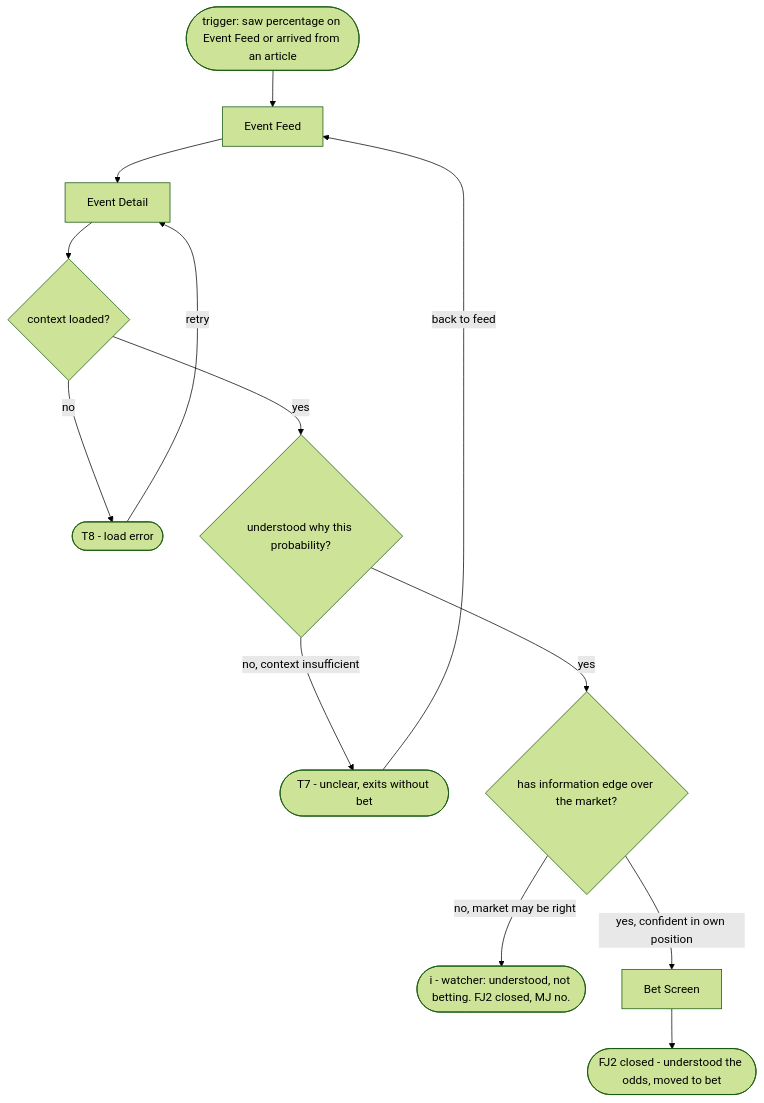
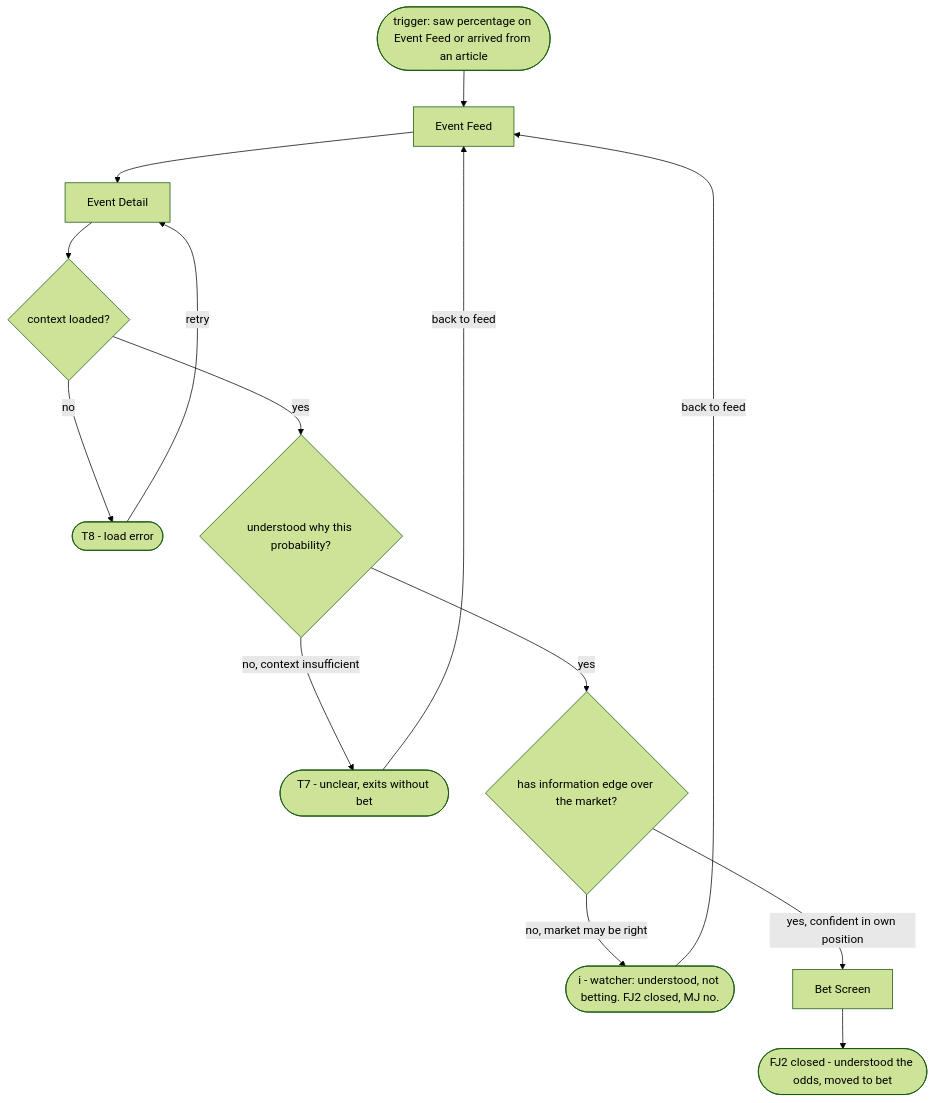
The second of 4 diagrams in flows.md (sergiodesign4u-dot/predict-market), drawn with Mermaid (forest theme) before and after one commit. The commit also changed other lines of this file and 1 other file, not shown here.

First line of the commit message:
Defect-fix pass: P1+P2+P3 fixes on sitemap.md and flows.md

````diff
--- a/flows.md
+++ b/flows.md
@@ -109,20 +113,21 @@
 ```mermaid
 flowchart TD
     trigger(["trigger: saw percentage on Event Feed or arrived from an article"])
     trigger --> EF["Event Feed"]
     EF --> ED["Event Detail"]
 
     ED --> ctxOk{"context loaded?"}
     ctxOk -->|"no"| T8(["T8 - load error"])
     T8 -->|"retry"| ED
     ctxOk -->|"yes"| understood{"understood why this probability?"}
 
     understood -->|"no, context insufficient"| T7(["T7 - unclear, exits without bet"])
     T7 -->|"back to feed"| EF
     understood -->|"yes"| hasEdge{"has information edge over the market?"}
 
     hasEdge -->|"no, market may be right"| watcher(["i - watcher: understood, not betting. FJ2 closed, MJ no."])
+    watcher -->|"back to feed"| EF
     hasEdge -->|"yes, confident in own position"| BS["Bet Screen"]
 
     BS --> fj2Done(["FJ2 closed - understood the odds, moved to bet"])
 ```
````
